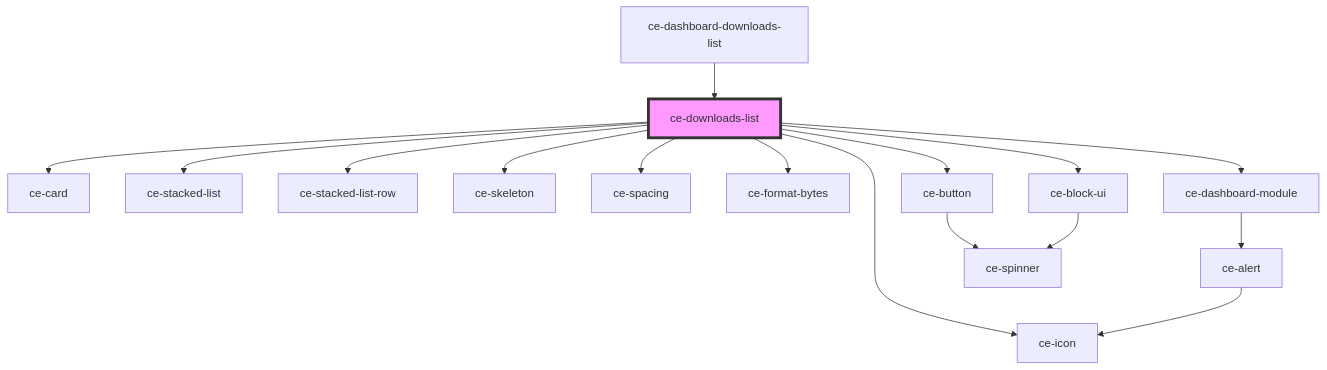
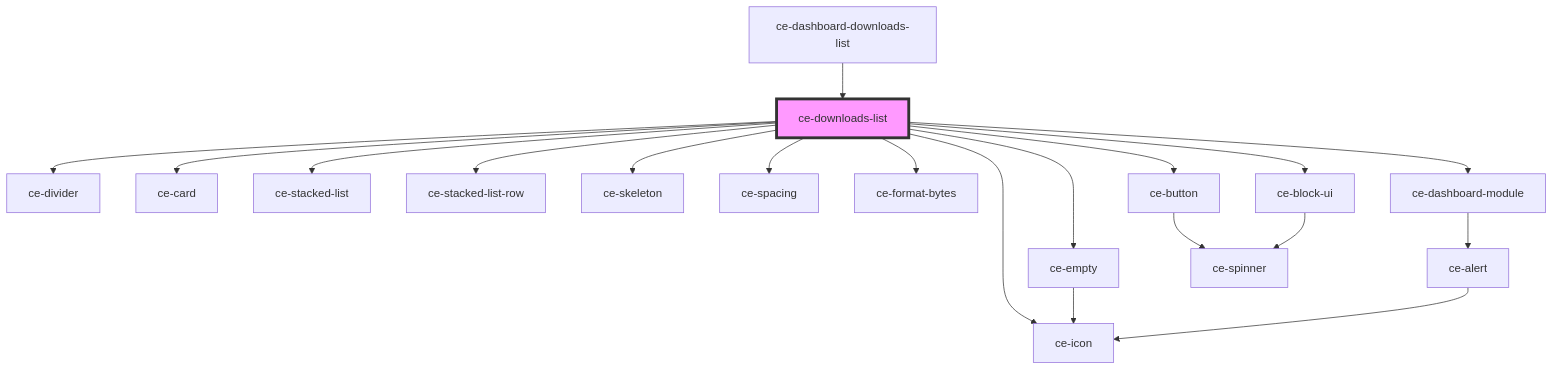
One commit to surecart/surecart-wp-plugin changed the diagram in packages/components/src/components/ui/downloads-list/readme.md. Above: the diagram before and after it, drawn with Mermaid. The commit also changed other lines of this file and 84 other files, not shown here.

````diff
--- a/packages/components/src/components/ui/downloads-list/readme.md
+++ b/packages/components/src/components/ui/downloads-list/readme.md
@@ -41,19 +43,22 @@
 ```mermaid
 graph TD;
+  ce-downloads-list --> ce-divider
+  ce-downloads-list --> ce-empty
   ce-downloads-list --> ce-card
   ce-downloads-list --> ce-stacked-list
   ce-downloads-list --> ce-stacked-list-row
   ce-downloads-list --> ce-skeleton
   ce-downloads-list --> ce-spacing
   ce-downloads-list --> ce-format-bytes
   ce-downloads-list --> ce-icon
   ce-downloads-list --> ce-dashboard-module
   ce-downloads-list --> ce-button
   ce-downloads-list --> ce-block-ui
+  ce-empty --> ce-icon
   ce-dashboard-module --> ce-alert
   ce-alert --> ce-icon
   ce-button --> ce-spinner
   ce-block-ui --> ce-spinner
   ce-dashboard-downloads-list --> ce-downloads-list
   style ce-downloads-list fill:#f9f,stroke:#333,stroke-width:4px
 ```
````
